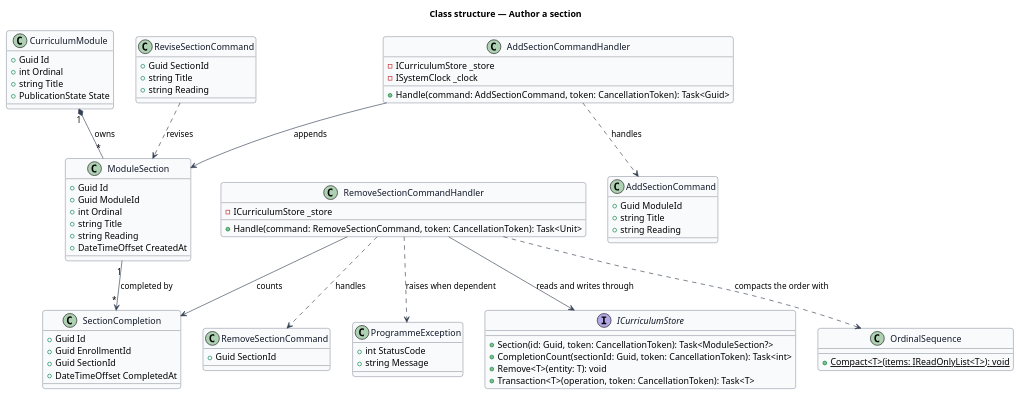
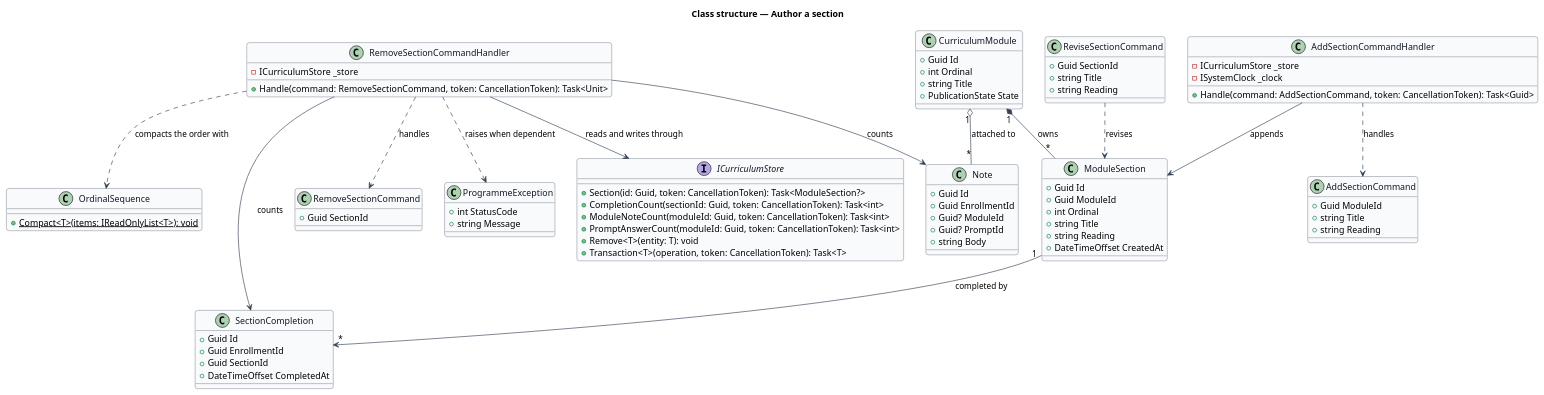
The diagram in docs/detailed-designs/administration/author-section/diagrams/class-structure.puml (QuinntyneBrown/quinntyne-brown-stewardship), drawn with PlantUML before and after one commit. The commit also changed 7 other files, not shown here.

```diff
--- a/docs/detailed-designs/administration/author-section/diagrams/class-structure.puml
+++ b/docs/detailed-designs/administration/author-section/diagrams/class-structure.puml
@@ -1,90 +1,102 @@
 @startuml
 skinparam backgroundColor #FFFFFF
 skinparam shadowing false
 skinparam roundcorner 8
 skinparam defaultFontName Arial
 skinparam ArrowColor #344054
 skinparam class {
   BorderColor #344054
   FontColor #101828
   BackgroundColor #F9FAFB
 }
 title Class structure — Author a section
 
 class CurriculumModule {
   +Guid Id
   +int Ordinal
   +string Title
   +PublicationState State
 }
 
 class ModuleSection {
   +Guid Id
   +Guid ModuleId
   +int Ordinal
   +string Title
   +string Reading
   +DateTimeOffset CreatedAt
+}
+
+class Note {
+  +Guid Id
+  +Guid EnrollmentId
+  +Guid? ModuleId
+  +Guid? PromptId
+  +string Body
 }
 
 class SectionCompletion {
   +Guid Id
   +Guid EnrollmentId
   +Guid SectionId
   +DateTimeOffset CompletedAt
 }
 
 class AddSectionCommand {
   +Guid ModuleId
   +string Title
   +string Reading
 }
 
 class AddSectionCommandHandler {
   -ICurriculumStore _store
   -ISystemClock _clock
   +Handle(command: AddSectionCommand, token: CancellationToken): Task<Guid>
 }
 
 class ReviseSectionCommand {
   +Guid SectionId
   +string Title
   +string Reading
 }
 
 class RemoveSectionCommand {
   +Guid SectionId
 }
 
 class RemoveSectionCommandHandler {
   -ICurriculumStore _store
   +Handle(command: RemoveSectionCommand, token: CancellationToken): Task<Unit>
 }
 
 class ProgrammeException {
   +int StatusCode
   +string Message
 }
 
 interface ICurriculumStore {
   +Section(id: Guid, token: CancellationToken): Task<ModuleSection?>
   +CompletionCount(sectionId: Guid, token: CancellationToken): Task<int>
+  +ModuleNoteCount(moduleId: Guid, token: CancellationToken): Task<int>
+  +PromptAnswerCount(moduleId: Guid, token: CancellationToken): Task<int>
   +Remove<T>(entity: T): void
   +Transaction<T>(operation, token: CancellationToken): Task<T>
 }
 
 class OrdinalSequence {
   +{static} Compact<T>(items: IReadOnlyList<T>): void
 }
 
 CurriculumModule "1" *-- "*" ModuleSection : owns
 ModuleSection "1" --> "*" SectionCompletion : completed by
 AddSectionCommandHandler ..> AddSectionCommand : handles
 AddSectionCommandHandler --> ModuleSection : appends
 RemoveSectionCommandHandler ..> RemoveSectionCommand : handles
 RemoveSectionCommandHandler --> SectionCompletion : counts
+RemoveSectionCommandHandler --> Note : counts
+CurriculumModule "1" o-- "*" Note : attached to
 RemoveSectionCommandHandler ..> ProgrammeException : raises when dependent
 RemoveSectionCommandHandler ..> OrdinalSequence : compacts the order with
 RemoveSectionCommandHandler --> ICurriculumStore : reads and writes through
 ReviseSectionCommand ..> ModuleSection : revises
 @enduml
```
